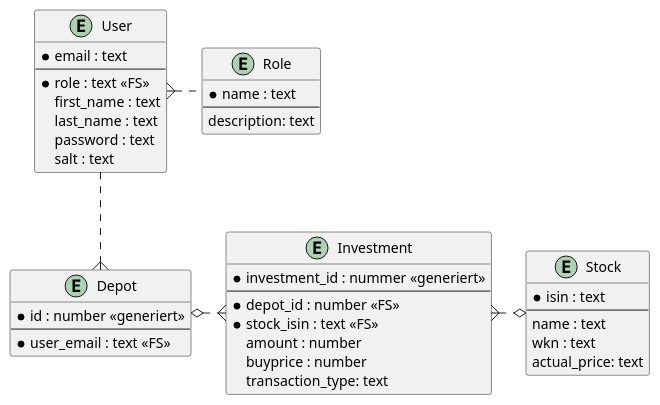
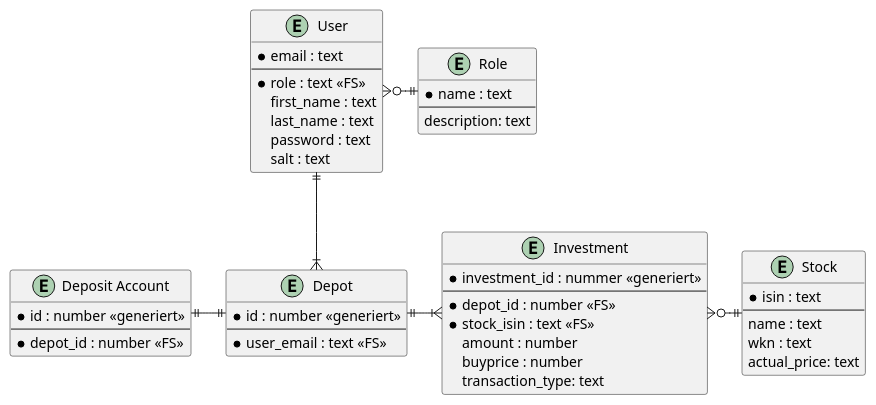
One commit to AlexanderStecknitz/iDepot changed the diagram in backend/extras/doc/db/ER-Diagram.puml. Above: the diagram before and after it, drawn with PlantUML. The commit also changed 8 other files, not shown here.

Commit message:
feat: DepositAccount

```diff
--- a/backend/extras/doc/db/ER-Diagram.puml
+++ b/backend/extras/doc/db/ER-Diagram.puml
@@ -1,49 +1,56 @@
 @startuml
 skinparam linetype ortho
 
 entity "Stock" as stock {
   *isin : text
   --
   name : text
   wkn : text
   actual_price: text
 }
 
 entity "Depot" as depot {
   *id : number <<generiert>>
   --
   *user_email : text <<FS>>
 }
 
 entity "Investment" as investment {
   *investment_id : nummer <<generiert>>
   --
   *depot_id : number <<FS>>
   *stock_isin : text <<FS>>
   amount : number
   buyprice : number
   transaction_type: text
 }
 
 entity "User" as user {
     *email : text
     --
     *role : text <<FS>>
     first_name : text
     last_name : text
     password : text
     salt : text
 }
 
 entity "Role" as role {
     *name : text
     --
     description: text
 }
 
-stock o.left.{ investment
-depot o.right.{ investment
-user ..{ depot
-role .left.{ user
+entity "Deposit Account" as deposit_account {
+    *id : number <<generiert>>
+    --
+    *depot_id : number <<FS>>
+}
+
+stock ||-left-o{ investment
+depot ||-right-|{ investment
+user ||--|{ depot
+role ||-left-o{ user
+deposit_account ||-right-|| depot
 
 @enduml
```
